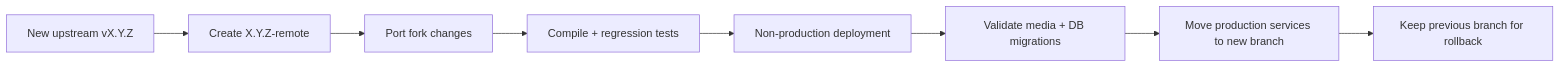
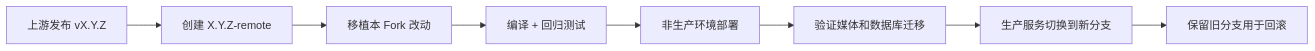
One commit to bowardzhang/immich changed the fourth of 4 diagrams in README.md. Above: the diagram before and after it, drawn with Mermaid. The commit also changed other lines of this file, not shown here.

````diff
--- a/README.md
+++ b/README.md
@@ -213,10 +198,10 @@
 ```mermaid
 flowchart LR
-    U[New upstream vX.Y.Z] --> B[Create X.Y.Z-remote]
-    B --> P[Port fork changes]
-    P --> T[Compile + regression tests]
-    T --> N[Non-production deployment]
-    N --> V[Validate media + DB migrations]
-    V --> R[Move production services to new branch]
-    R --> K[Keep previous branch for rollback]
+    U[上游发布 vX.Y.Z] --> B[创建 X.Y.Z-remote]
+    B --> P[移植本 Fork 改动]
+    P --> T[编译 + 回归测试]
+    T --> N[非生产环境部署]
+    N --> V[验证媒体和数据库迁移]
+    V --> R[生产服务切换到新分支]
+    R --> K[保留旧分支用于回滚]
 ```
````
